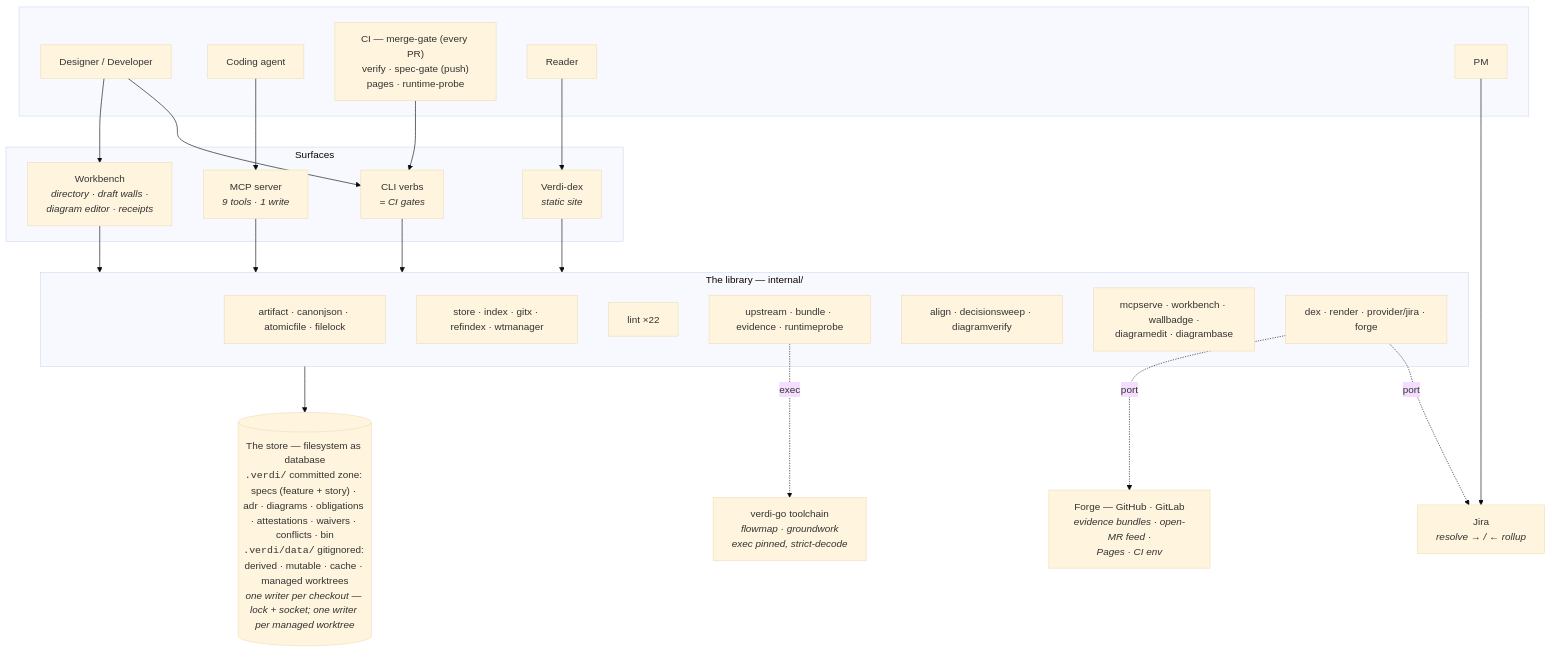
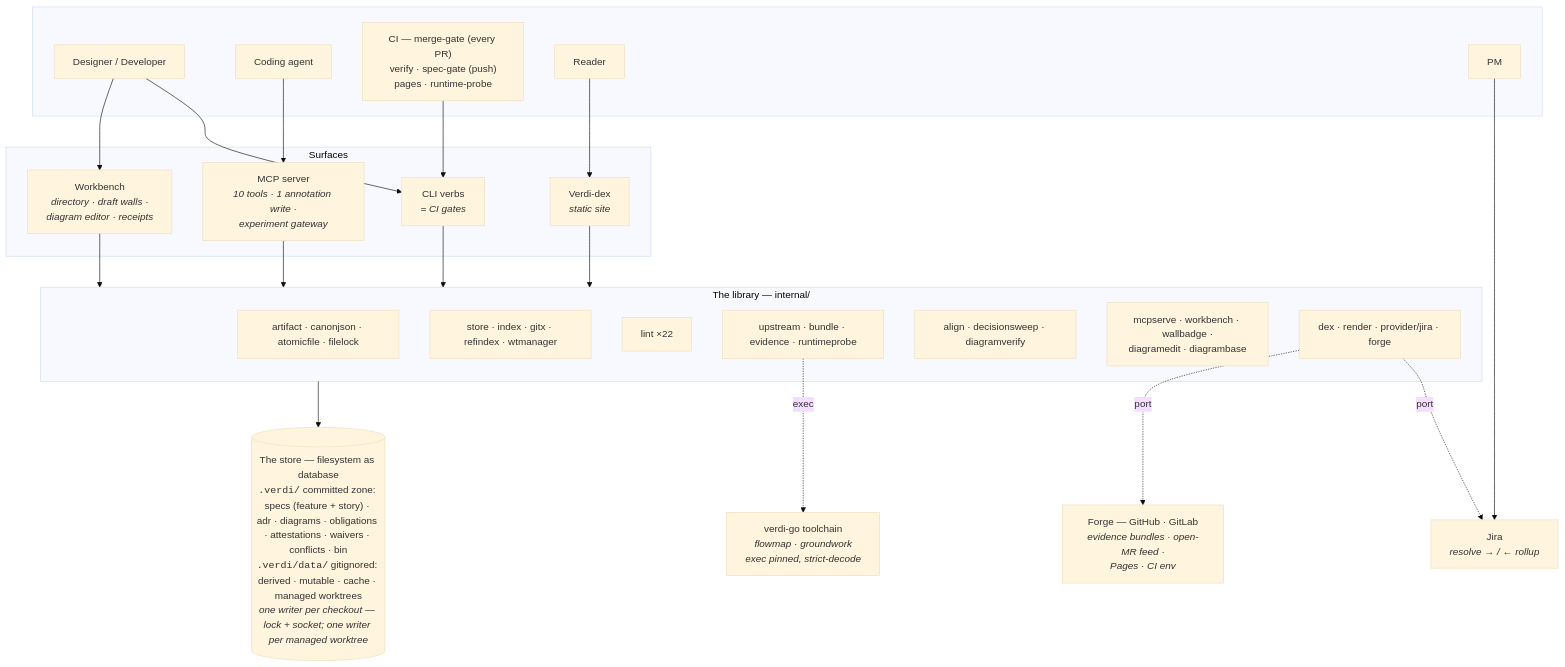
One commit to jyang234/verdi changed the first of 3 diagrams in docs/architecture-and-journeys.md. Above: the diagram before and after it, drawn with Mermaid (base theme). The commit also changed other lines of this file and 13 other files, not shown here.

````diff
--- a/docs/architecture-and-journeys.md
+++ b/docs/architecture-and-journeys.md
@@ -54,50 +54,50 @@
 ```mermaid
 flowchart TD
     subgraph actors [" "]
         DEV["Designer / Developer"]
         AGENT["Coding agent"]
         CI["CI — merge-gate (every PR)<br/>verify · spec-gate (push)<br/>pages · runtime-probe"]
         READER["Reader"]
         PM["PM"]
     end
 
     subgraph surfaces ["Surfaces"]
         WB["Workbench<br/><i>directory · draft walls ·<br/>diagram editor · receipts</i>"]
-        MCP["MCP server<br/><i>9 tools · 1 write</i>"]
+        MCP["MCP server<br/><i>10 tools · 1 annotation write ·<br/>experiment gateway</i>"]
         CLI["CLI verbs<br/><i>= CI gates</i>"]
         DEX["Verdi-dex<br/><i>static site</i>"]
     end
 
     subgraph lib ["The library — internal/"]
         L1["artifact · canonjson · atomicfile · filelock"]
         L2["store · index · gitx · refindex · wtmanager"]
         L3["lint ×22"]
         L4["upstream · bundle · evidence · runtimeprobe"]
         L5["align · decisionsweep · diagramverify"]
         L6["mcpserve · workbench · wallbadge ·<br/>diagramedit · diagrambase"]
         L7["dex · render · provider/jira · forge"]
     end
 
     STORE[("The store — filesystem as database<br/><code>.verdi/</code> committed zone: specs (feature + story) · adr · diagrams · obligations · attestations · waivers · conflicts · bin<br/><code>.verdi/data/</code> gitignored: derived · mutable · cache · managed worktrees<br/><i>one writer per checkout — lock + socket; one writer per managed worktree</i>")]
 
     TOOLCHAIN["verdi-go toolchain<br/><i>flowmap · groundwork<br/>exec pinned, strict-decode</i>"]
     FORGE["Forge — GitHub · GitLab<br/><i>evidence bundles · open-MR feed ·<br/>Pages · CI env</i>"]
     JIRA["Jira<br/><i>resolve → / ← rollup</i>"]
 
     DEV --> WB
     DEV --> CLI
     AGENT --> MCP
     CI --> CLI
     READER --> DEX
     PM --> JIRA
 
     WB --> lib
     MCP --> lib
     CLI --> lib
     DEX --> lib
     lib --> STORE
 
     L4 -.exec.-> TOOLCHAIN
     L7 -.port.-> FORGE
     L7 -.port.-> JIRA
 ```
````
